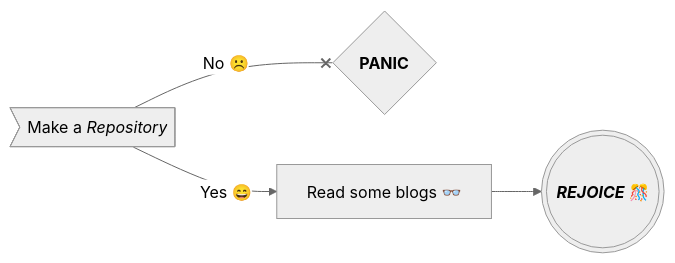
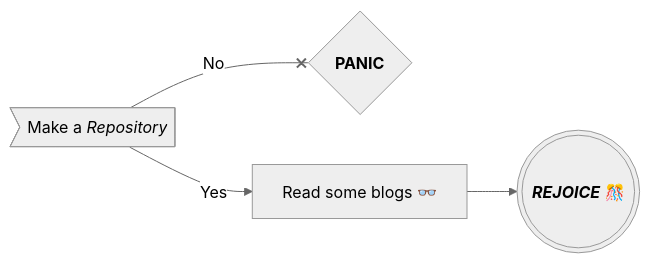
One commit to ADMBSL/Alison changed the diagram in README.md. Above: the diagram before and after it, drawn with Mermaid (neutral theme).

````diff
--- a/README.md
+++ b/README.md
@@ -20,6 +20,6 @@
 ```mermaid
 flowchart LR;
-    A>"`Make a _Repository_`"] -- No ☹️ --xB{"`**PANIC**`"};
-    A -- Yes 😄 -->C["`Read  some blogs 👓`"];
+    A>"`Make a _Repository_`"] -- No --xB{"`**PANIC**`"};
+    A -- Yes -->C["`Read  some blogs 👓`"];
     C -->D((("`**_REJOICE_** 🎊`")));
 ```
````
